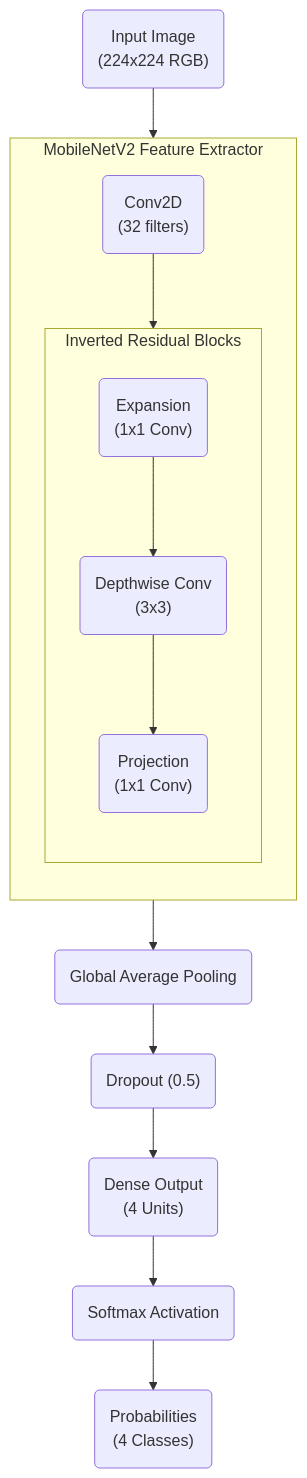
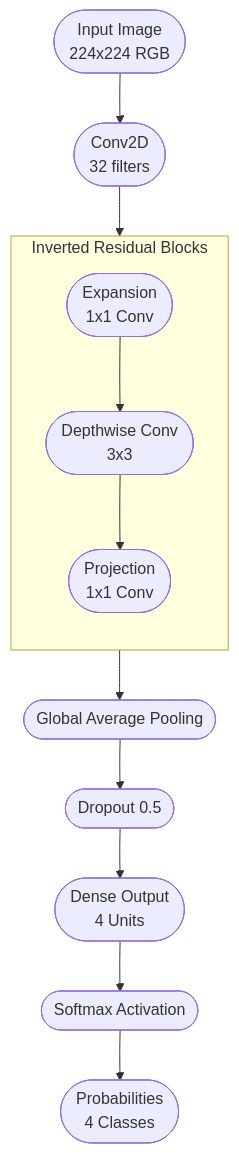
Before and after one commit to yashnaiduu/NeuroScan: the diagram in README.md, drawn with Mermaid.

Commit message:
docs: refine architecture and update gif

````diff
--- a/README.md
+++ b/README.md
@@ -22,35 +22,31 @@
 ```mermaid
-graph TD
-    %% Nodes with rounded edges
-    Input("Input Image\n(224x224 RGB)")
+flowchart TD
+    %% Nodes
+    Input([Input Image\n224x224 RGB])
+    Conv1([Conv2D\n32 filters])
     
-    subgraph MobileNetV2 ["MobileNetV2 Feature Extractor"]
+    subgraph Block [Inverted Residual Blocks]
         direction TB
-        Conv1("Conv2D\n(32 filters)")
-        
-        subgraph Blocks ["Inverted Residual Blocks"]
-            direction TB
-            Expansion("Expansion\n(1x1 Conv)")
-            Depthwise("Depthwise Conv\n(3x3)")
-            Projection("Projection\n(1x1 Conv)")
-        end
+        Exp([Expansion\n1x1 Conv])
+        DW([Depthwise Conv\n3x3])
+        Proj([Projection\n1x1 Conv])
     end
 
-    GAP("Global Average Pooling")
-    Dropout("Dropout (0.5)")
-    Dense("Dense Output\n(4 Units)")
-    Softmax("Softmax Activation")
-    Output("Probabilities\n(4 Classes)")
+    GAP([Global Average Pooling])
+    Dropout([Dropout 0.5])
+    Dense([Dense Output\n4 Units])
+    Softmax([Softmax Activation])
+    Output([Probabilities\n4 Classes])
 
-    %% Clean Connections
+    %% Connections
     Input --> Conv1
-    Conv1 --> Expansion
-    Expansion --> Depthwise
-    Depthwise --> Projection
-    Projection --> GAP
+    Conv1 --> Exp
+    Exp --> DW
+    DW --> Proj
+    Proj --> GAP
     
     GAP --> Dropout
     Dropout --> Dense
     Dense --> Softmax
     Softmax --> Output
 ```
````
